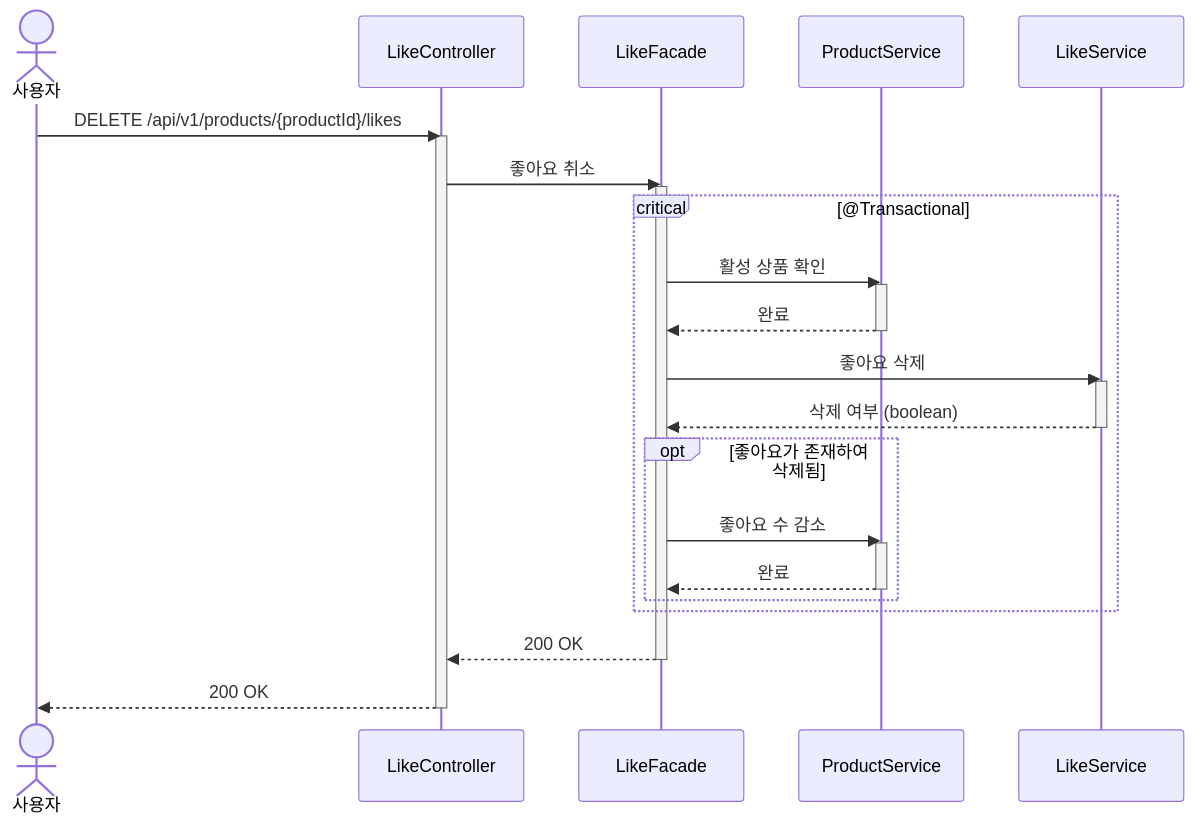
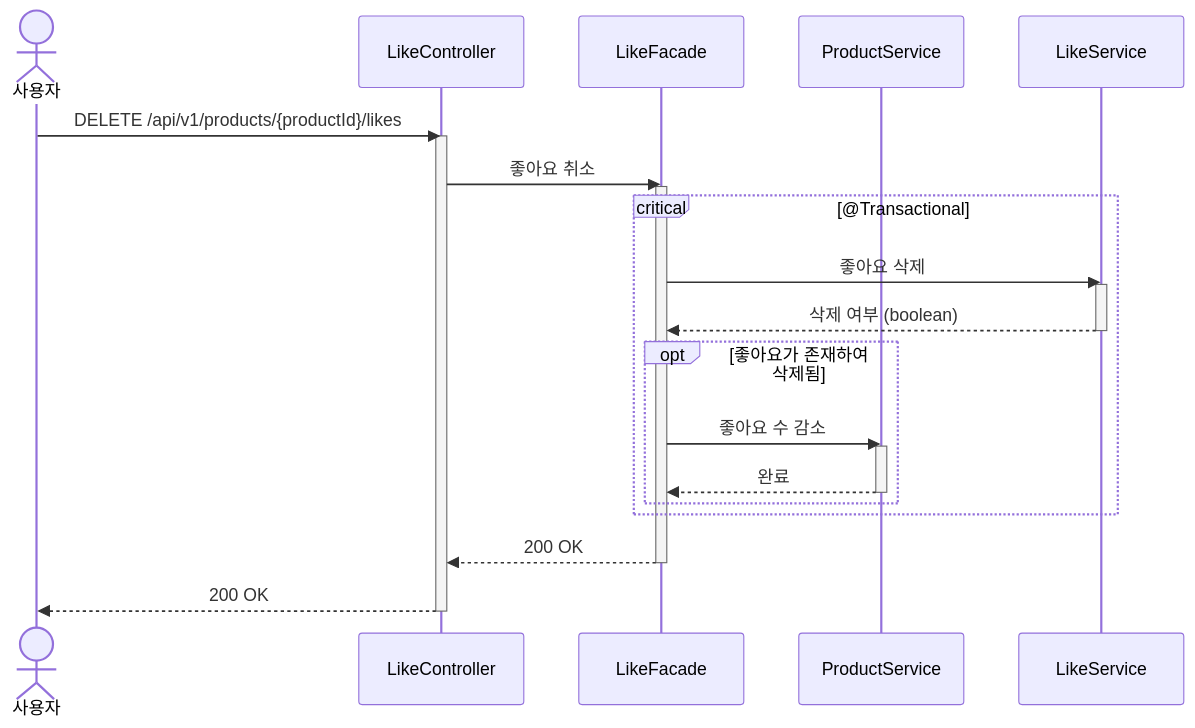
The diagram in docs/design/like/sequences/002-product-unlike.md (Loopers-dev-lab/loop-pack-be-l2-vol3-java), drawn with Mermaid before and after one commit. The commit also changed other lines of this file and 6 other files, not shown here.

````diff
--- a/docs/design/like/sequences/002-product-unlike.md
+++ b/docs/design/like/sequences/002-product-unlike.md
@@ -8,37 +8,32 @@
 ```mermaid
 sequenceDiagram
     actor 사용자
     participant LC as LikeController
     participant LF as LikeFacade
     participant PS as ProductService
     participant LS as LikeService
 
     사용자->>LC: DELETE /api/v1/products/{productId}/likes
     activate LC
     LC->>LF: 좋아요 취소
     activate LF
 
     critical @Transactional
-        LF->>PS: 활성 상품 확인
-        activate PS
-        PS-->>LF: 완료
-        deactivate PS
-
         LF->>LS: 좋아요 삭제
         activate LS
         LS-->>LF: 삭제 여부 (boolean)
         deactivate LS
 
         opt 좋아요가 존재하여 삭제됨
             LF->>PS: 좋아요 수 감소
             activate PS
             PS-->>LF: 완료
             deactivate PS
         end
     end
 
     LF-->>LC: 200 OK
     deactivate LF
     LC-->>사용자: 200 OK
     deactivate LC
 ```
````
